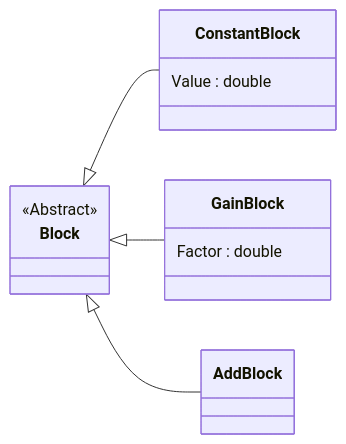
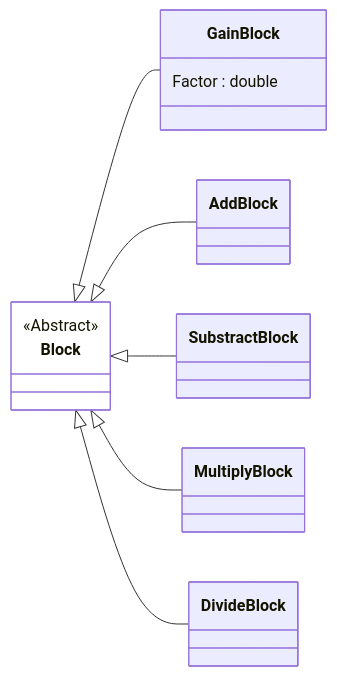
The diagram in Quellen/WS25/SFunctionContinuous/Block.DirectFeedThrough.mmd (ghackenberg/kurs-computer-simulation), drawn with Mermaid before and after one commit. The commit also changed 8 other files, not shown here.

```diff
--- a/Quellen/WS25/SFunctionContinuous/Block.DirectFeedThrough.mmd
+++ b/Quellen/WS25/SFunctionContinuous/Block.DirectFeedThrough.mmd
@@ -1,22 +1,27 @@
 classDiagram
 
     direction LR
 
     class Block {
         <<Abstract>>
     }
 
-    class ConstantBlock {
-        Value : double
-    }
     class GainBlock {
         Factor : double
     }
     class AddBlock {
     }
+    class SubstractBlock {
+    }
+    class MultiplyBlock {
+    }
+    class DivideBlock {
+    }
 
-    Block <|-- ConstantBlock
     Block <|-- GainBlock
     Block <|-- AddBlock
+    Block <|-- SubstractBlock
+    Block <|-- MultiplyBlock
+    Block <|-- DivideBlock
 
-    style Function fill:white
+    style Block fill:white
```
